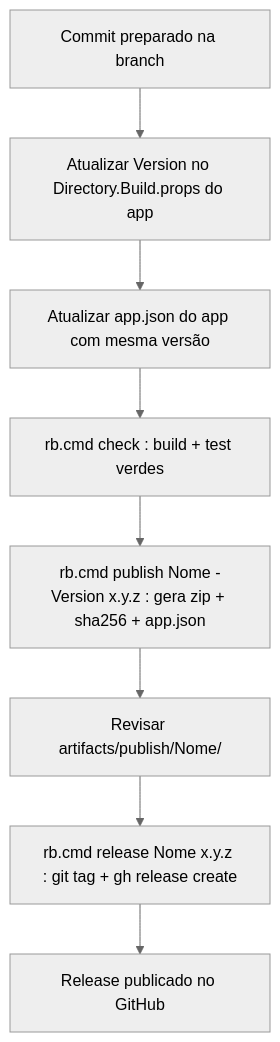
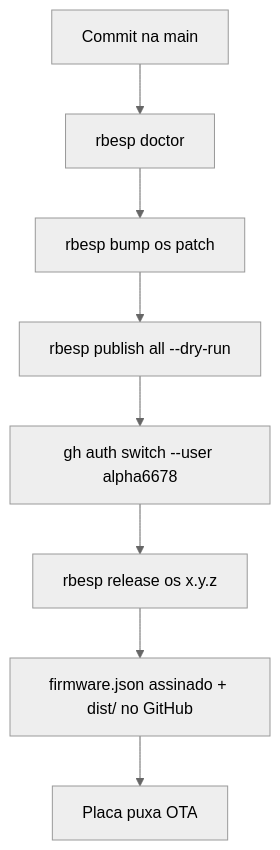
The diagram in docs/RELEASE_PROCESS.md (alpha6678/RibanenseESP), drawn with Mermaid (neutral theme) before and after one commit. The commit also changed other lines of this file and 4 other files, not shown here.

First line of the commit message:
docs: alinhar CLI, OTA assinado e version.json

````diff
--- a/docs/RELEASE_PROCESS.md
+++ b/docs/RELEASE_PROCESS.md
@@ -16,10 +23,10 @@
 ```mermaid
 flowchart TB
-  A[Commit preparado na branch] --> B[Atualizar Version no Directory.Build.props do app]
-  B --> C[Atualizar app.json do app com mesma versão]
-  C --> D[rb.cmd check : build + test verdes]
-  D --> E[rb.cmd publish Nome -Version x.y.z : gera zip + sha256 + app.json]
-  E --> F[Revisar artifacts/publish/Nome/]
-  F --> G[rb.cmd release Nome x.y.z : git tag + gh release create]
-  G --> H[Release publicado no GitHub]
+  A[Commit na main] --> B[rbesp doctor]
+  B --> C[rbesp bump os patch]
+  C --> D[rbesp publish all --dry-run]
+  D --> E[gh auth switch --user alpha6678]
+  E --> F[rbesp release os x.y.z]
+  F --> G[firmware.json assinado + dist/ no GitHub]
+  G --> H[Placa puxa OTA]
 ```
````
